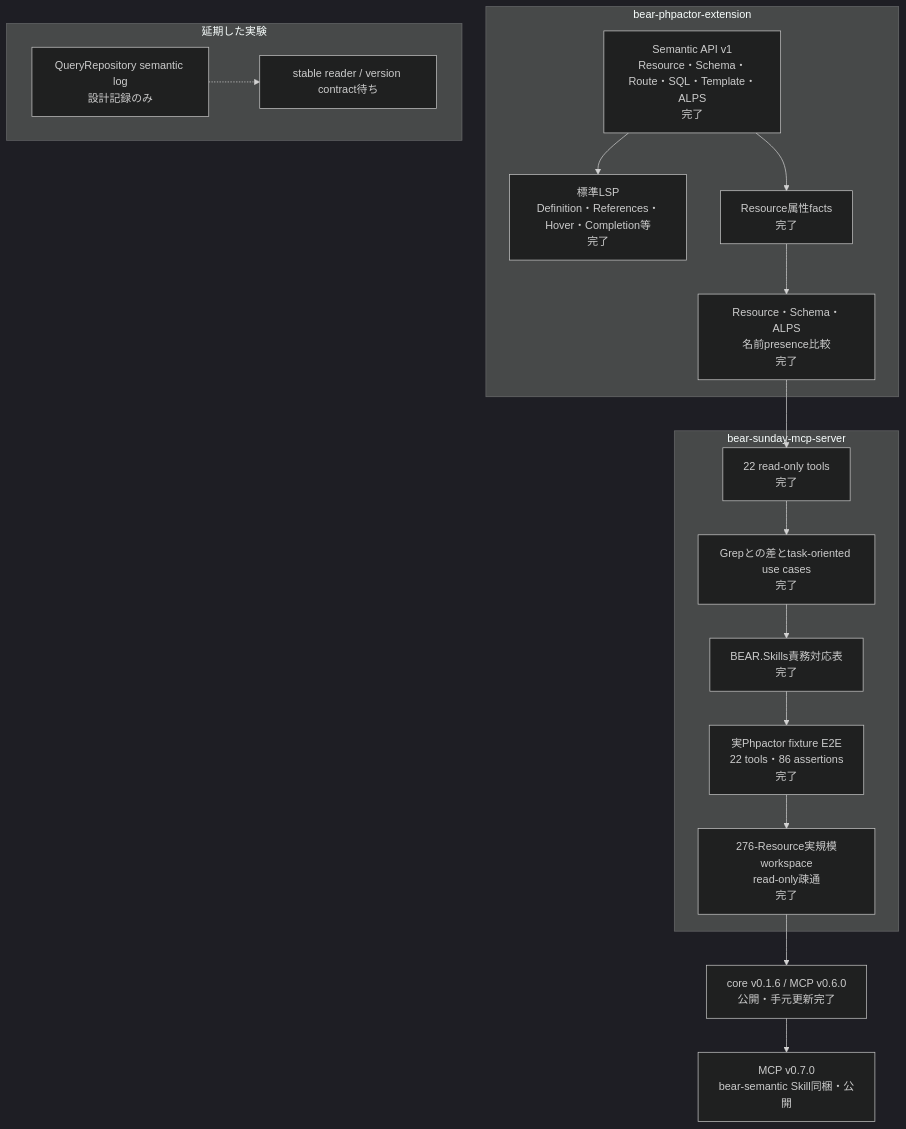
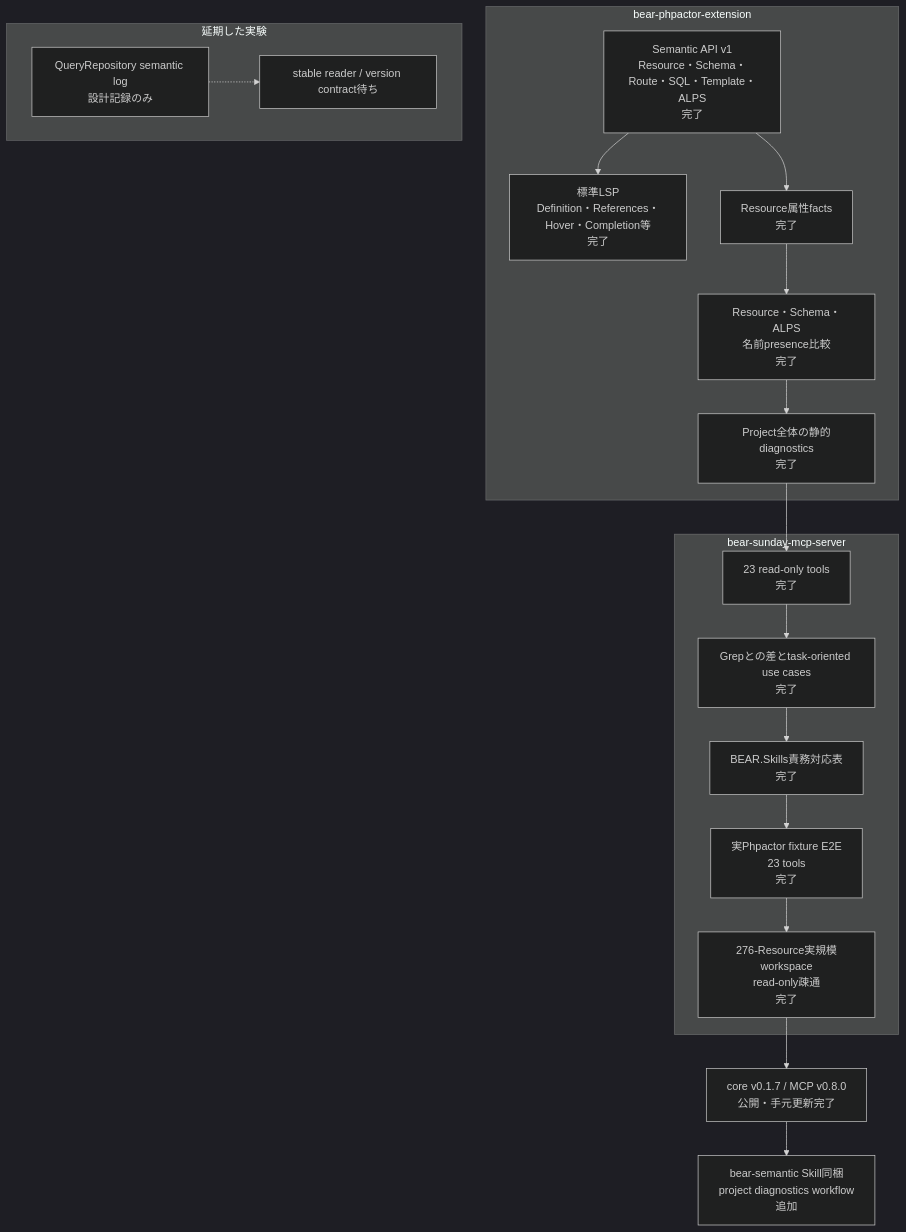
One commit to suzumaze/bear-sunday-mcp-server changed the diagram in docs/project-status.ja.md. Above: the diagram before and after it, drawn with Mermaid (dark theme). The commit also changed other lines of this file and 16 other files, not shown here.

Commit message:
feat: expose project diagnostics

````diff
--- a/docs/project-status.ja.md
+++ b/docs/project-status.ja.md
@@ -8,31 +8,32 @@
 ```mermaid
 flowchart TB
     subgraph Core["bear-phpactor-extension"]
         C1["Semantic API v1<br/>Resource・Schema・Route・SQL・Template・ALPS<br/>完了"]
         C2["標準LSP<br/>Definition・References・Hover・Completion等<br/>完了"]
         C3["Resource属性facts<br/>完了"]
         C4["Resource・Schema・ALPS<br/>名前presence比較<br/>完了"]
+        C5["Project全体の静的diagnostics<br/>完了"]
         C1 --> C2
-        C1 --> C3 --> C4
+        C1 --> C3 --> C4 --> C5
     end
 
     subgraph MCP["bear-sunday-mcp-server"]
-        M1["22 read-only tools<br/>完了"]
+        M1["23 read-only tools<br/>完了"]
         M2["Grepとの差とtask-oriented use cases<br/>完了"]
         M3["BEAR.Skills責務対応表<br/>完了"]
-        M4["実Phpactor fixture E2E<br/>22 tools・86 assertions<br/>完了"]
+        M4["実Phpactor fixture E2E<br/>23 tools<br/>完了"]
         M5["276-Resource実規模workspace<br/>read-only疎通<br/>完了"]
         M1 --> M2 --> M3 --> M4 --> M5
     end
 
-    C4 --> M1
+    C5 --> M1
 
     subgraph Deferred["延期した実験"]
         D1["QueryRepository semantic log<br/>設計記録のみ"]
         D2["stable reader / version contract待ち"]
         D1 -.-> D2
     end
 
-    M5 --> R1["core v0.1.6 / MCP v0.6.0<br/>公開・手元更新完了"]
-    R1 --> S1["MCP v0.7.0<br/>bear-semantic Skill同梱・公開"]
+    M5 --> R1["core v0.1.7 / MCP v0.8.0<br/>公開・手元更新完了"]
+    R1 --> S1["bear-semantic Skill同梱<br/>project diagnostics workflow追加"]
 ```
````
